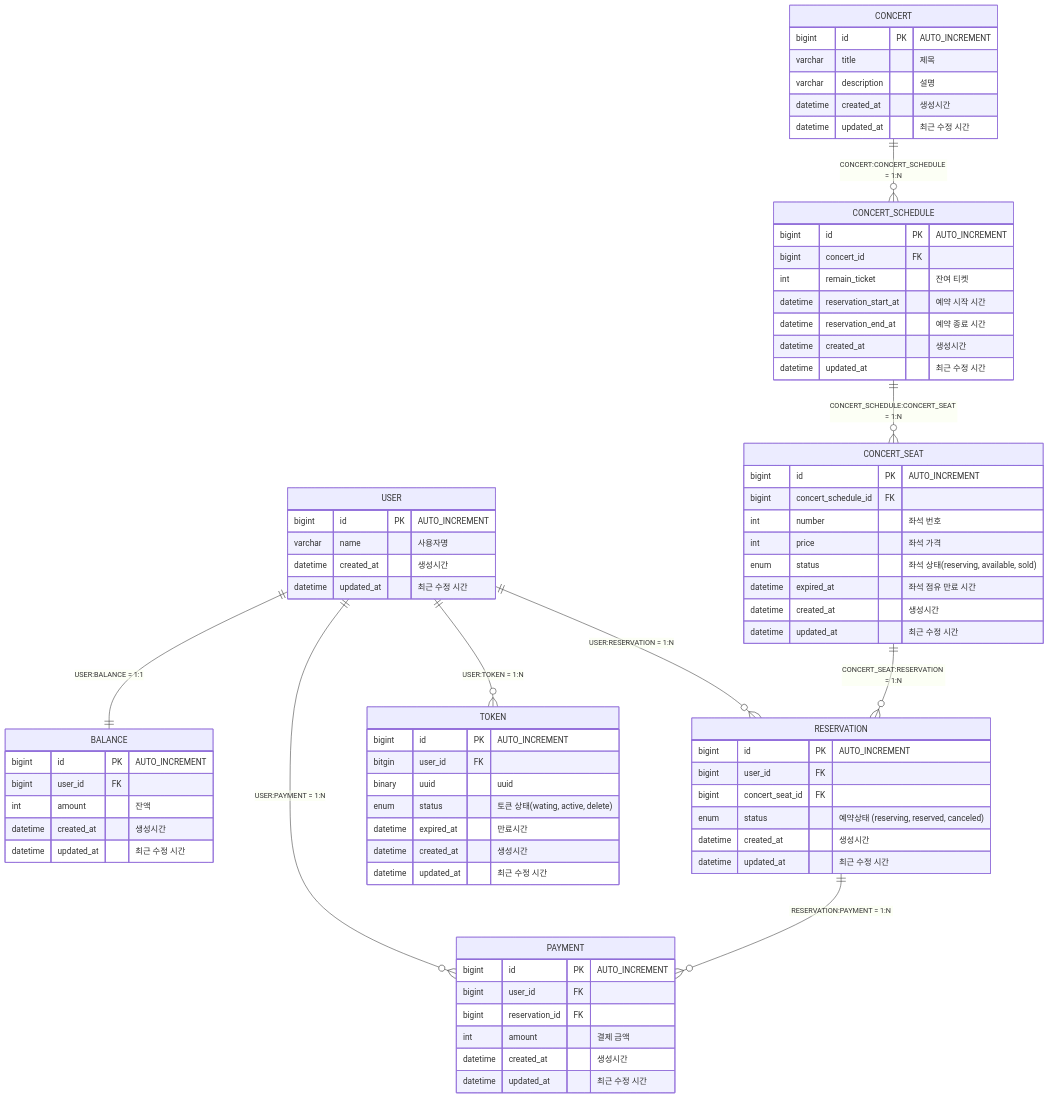
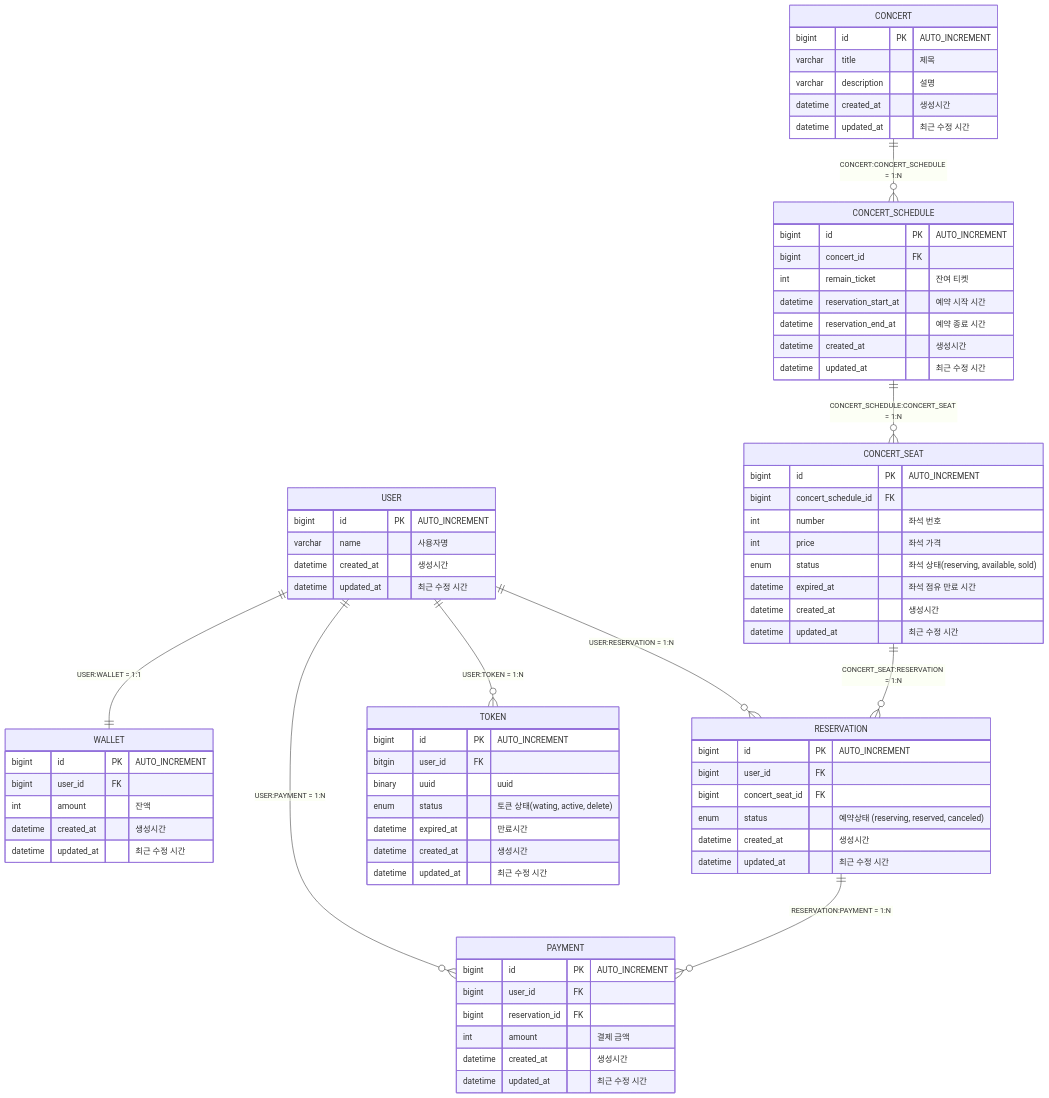
The diagram in docs/ERD.md (seokyHan/concert-reservation), drawn with Mermaid before and after one commit.

Commit message:
chore : ERD 수정

```diff
--- a/docs/ERD.md
+++ b/docs/ERD.md
@@ -9,7 +9,7 @@
         datetime updated_at "최근 수정 시간"
     }
 
-    BALANCE {
+    WALLET {
         bigint id PK "AUTO_INCREMENT"
         bigint user_id FK
         int amount "잔액"
@@ -74,7 +74,7 @@
         datetime updated_at "최근 수정 시간"
     }
 
-    USER ||--|| BALANCE: "USER:BALANCE = 1:1"
+    USER ||--|| WALLET: "USER:WALLET = 1:1"
     USER ||--o{ RESERVATION: "USER:RESERVATION = 1:N"
     USER ||--o{ PAYMENT: "USER:PAYMENT = 1:N"
     CONCERT ||--o{ CONCERT_SCHEDULE: "CONCERT:CONCERT_SCHEDULE = 1:N"
```
